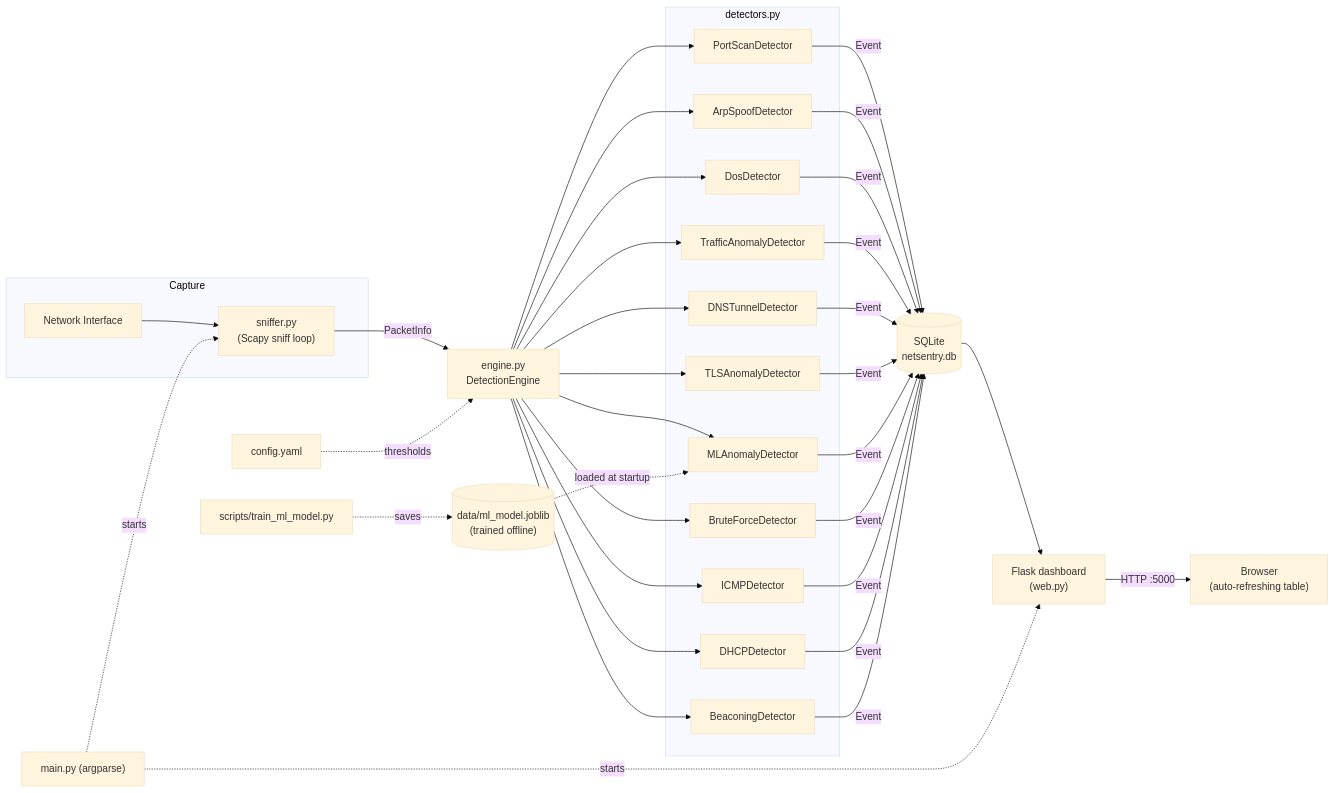
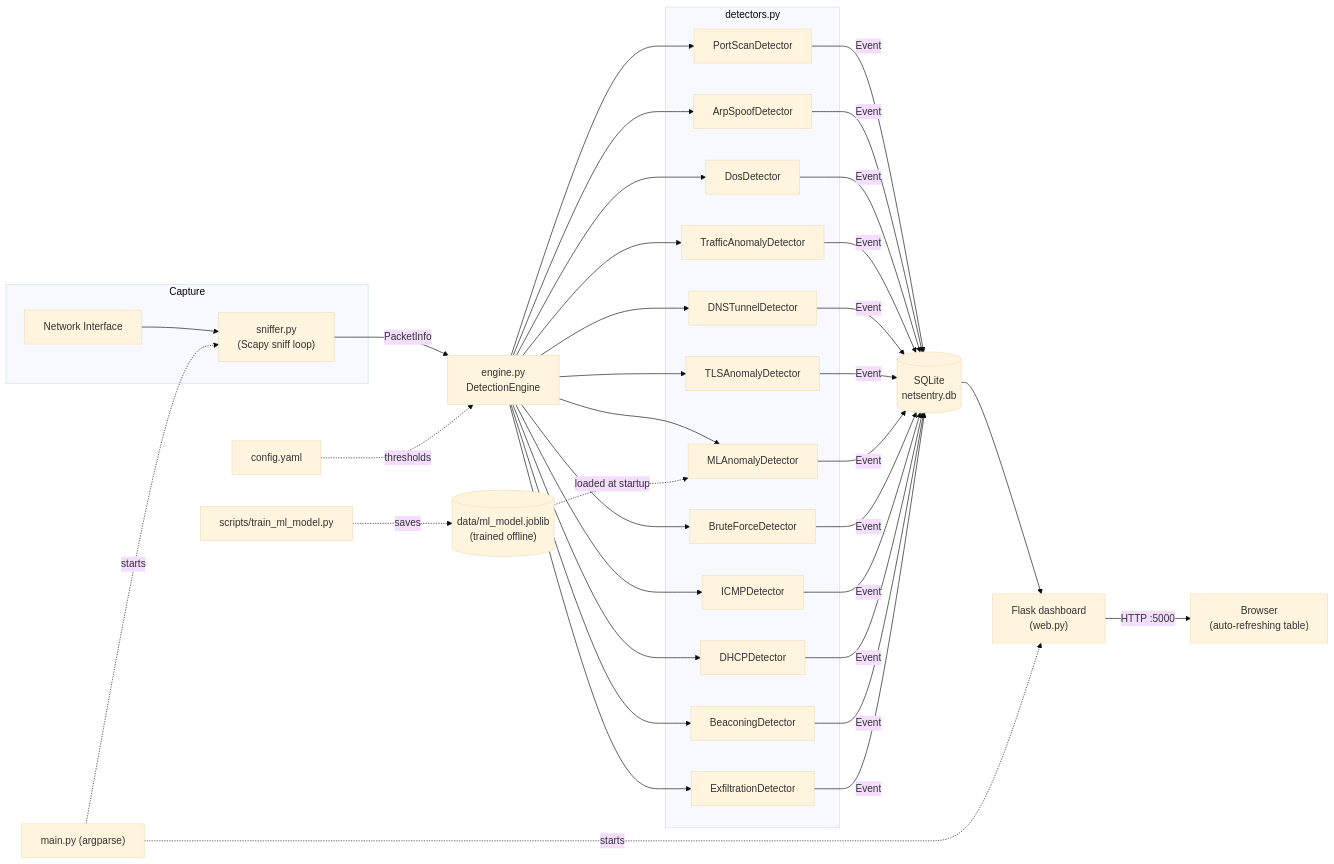
Before and after one commit to Deipedra34/NetSentry: the diagram in README.md, drawn with Mermaid (base theme). The commit also changed other lines of this file and 13 other files, not shown here.

````diff
--- a/README.md
+++ b/README.md
@@ -49,56 +50,59 @@
 ```mermaid
 flowchart LR
     subgraph Capture
         NIC["Network Interface"] --> Sniffer["sniffer.py\n(Scapy sniff loop)"]
     end
 
     Sniffer -->|"PacketInfo"| Engine["engine.py\nDetectionEngine"]
 
     subgraph Detectors["detectors.py"]
         PS["PortScanDetector"]
         ARP["ArpSpoofDetector"]
         DOS["DosDetector"]
         ANOM["TrafficAnomalyDetector"]
         DNS["DNSTunnelDetector"]
         TLS["TLSAnomalyDetector"]
         ML["MLAnomalyDetector"]
         BF["BruteForceDetector"]
         ICMP["ICMPDetector"]
         DHCP["DHCPDetector"]
         BEACON["BeaconingDetector"]
+        EXFIL["ExfiltrationDetector"]
     end
 
     Engine --> PS
     Engine --> ARP
     Engine --> DOS
     Engine --> ANOM
     Engine --> DNS
     Engine --> TLS
     Engine --> ML
     Engine --> BF
     Engine --> ICMP
     Engine --> DHCP
     Engine --> BEACON
+    Engine --> EXFIL
 
     PS -->|"Event"| DB[("SQLite\nnetsentry.db")]
     ARP -->|"Event"| DB
     DOS -->|"Event"| DB
     ANOM -->|"Event"| DB
     DNS -->|"Event"| DB
     TLS -->|"Event"| DB
     ML -->|"Event"| DB
     BF -->|"Event"| DB
     ICMP -->|"Event"| DB
     DHCP -->|"Event"| DB
     BEACON -->|"Event"| DB
+    EXFIL -->|"Event"| DB
 
     Model[("data/ml_model.joblib\n(trained offline)")] -.loaded at startup.-> ML
     Train["scripts/train_ml_model.py"] -.saves.-> Model
 
     DB --> Web["Flask dashboard\n(web.py)"]
     Web -->|"HTTP :5000"| Browser["Browser\n(auto-refreshing table)"]
 
     Config["config.yaml"] -.thresholds.-> Engine
     CLI["main.py (argparse)"] -.starts.-> Sniffer
     CLI -.starts.-> Web
 ```
````
